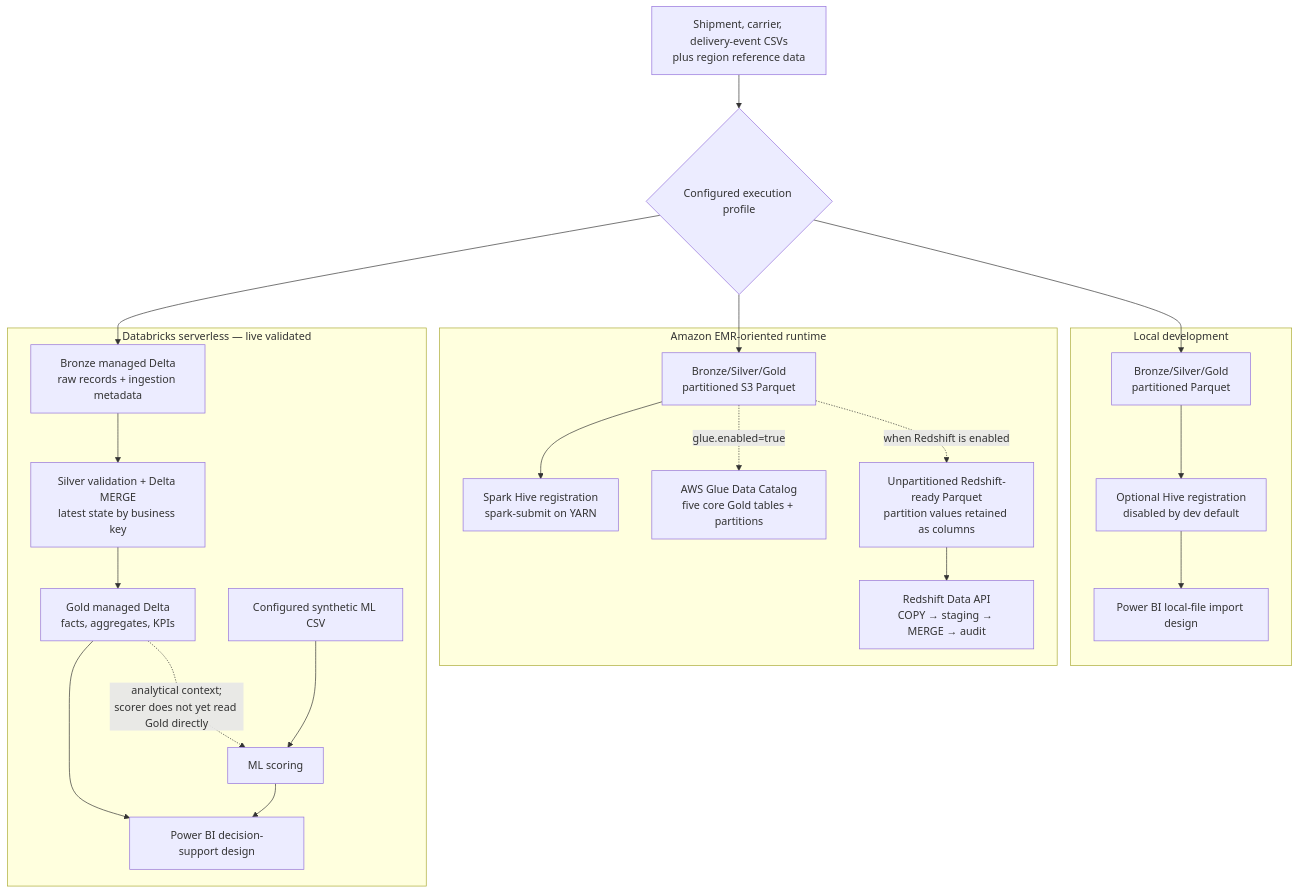
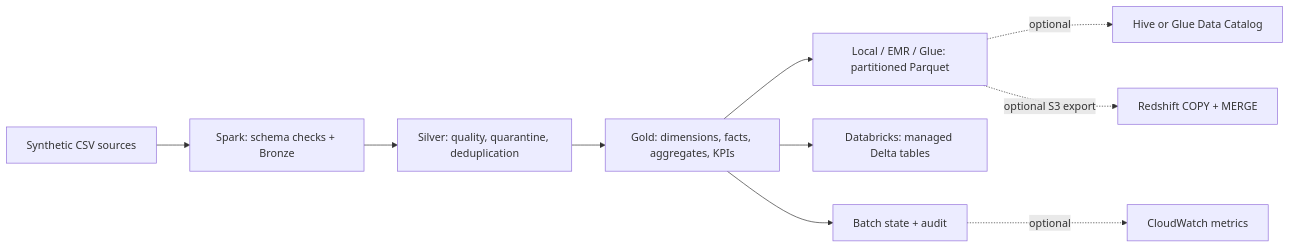
One commit to Sivarohitk/Transportation-Shipment-ETL-Pipeline changed the diagram in README.md. Above: the diagram before and after it, drawn with Mermaid. The commit also changed other lines of this file and 32 other files, not shown here.

````diff
--- a/README.md
+++ b/README.md
@@ -55,31 +7,12 @@
 ```mermaid
-flowchart TB
-    S["Shipment, carrier, delivery-event CSVs<br/>plus region reference data"]
-    R{"Configured execution profile"}
-    S --> R
-
-    subgraph LOCAL["Local development"]
-        L1["Bronze/Silver/Gold<br/>partitioned Parquet"] --> L2["Optional Hive registration<br/>disabled by dev default"]
-        L2 --> L3["Power BI local-file import design"]
-    end
-
-    subgraph EMR["Amazon EMR-oriented runtime"]
-        E1["Bronze/Silver/Gold<br/>partitioned S3 Parquet"] --> E2["Spark Hive registration<br/>spark-submit on YARN"]
-        E1 -. "glue.enabled=true" .-> GC["AWS Glue Data Catalog<br/>five core Gold tables + partitions"]
-        E1 -. "when Redshift is enabled" .-> E3["Unpartitioned Redshift-ready Parquet<br/>partition values retained as columns"]
-        E3 --> E4["Redshift Data API<br/>COPY → staging → MERGE → audit"]
-    end
-
-    subgraph DBX["Databricks serverless — live validated"]
-        D1["Bronze managed Delta<br/>raw records + ingestion metadata"] --> D2["Silver validation + Delta MERGE<br/>latest state by business key"]
-        D2 --> D3["Gold managed Delta<br/>facts, aggregates, KPIs"]
-        D3 -. "analytical context;<br/>scorer does not yet read Gold directly" .-> D4["ML scoring"]
-        M["Configured synthetic ML CSV"] --> D4
-        D3 --> D5["Power BI decision-support design"]
-        D4 --> D5
-    end
-
-    R --> L1
-    R --> E1
-    R --> D1
+flowchart LR
+    A["Synthetic CSV sources"] --> B["Spark: schema checks + Bronze"]
+    B --> C["Silver: quality, quarantine, deduplication"]
+    C --> D["Gold: dimensions, facts, aggregates, KPIs"]
+    D --> L["Local / EMR / Glue: partitioned Parquet"]
+    D --> X["Databricks: managed Delta tables"]
+    L -. optional .-> H["Hive or Glue Data Catalog"]
+    L -. optional S3 export .-> R["Redshift COPY + MERGE"]
+    D --> O["Batch state + audit"]
+    O -. optional .-> M["CloudWatch metrics"]
 ```
````
